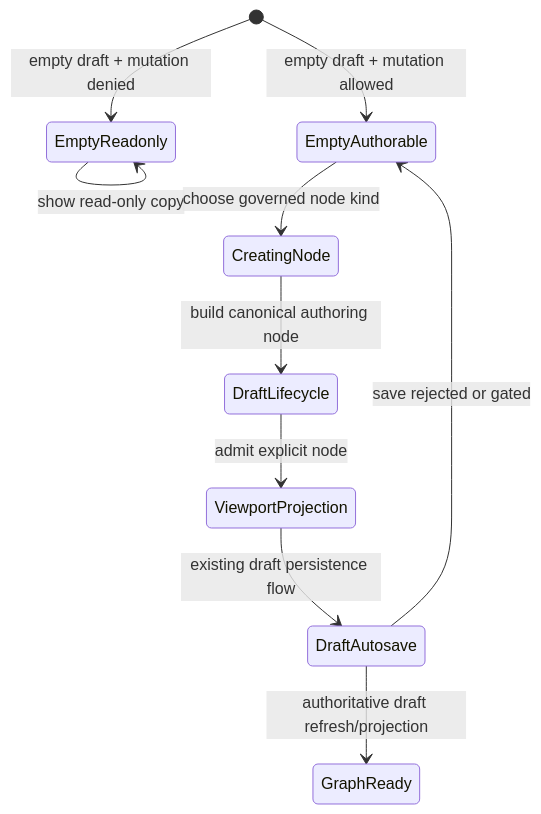
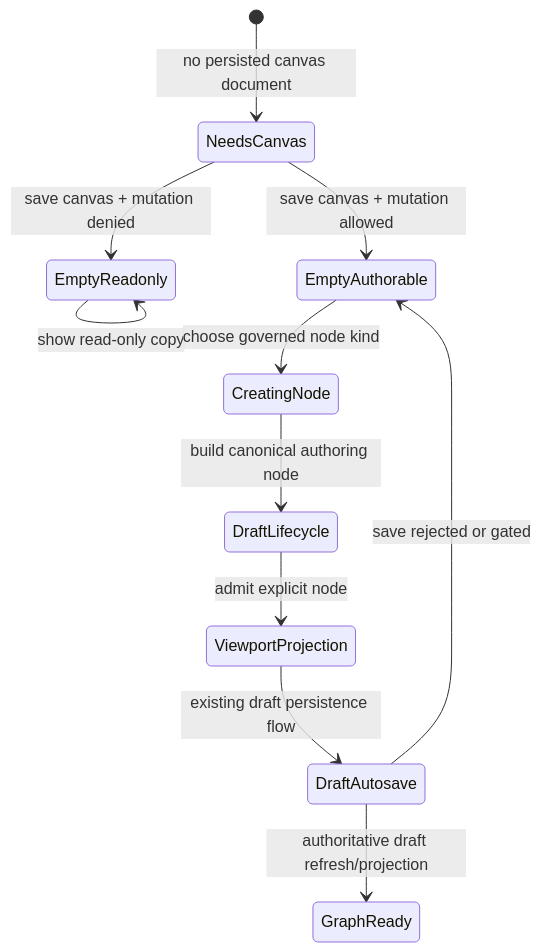
Before and after one commit to dunay2/dvt: the first of 2 diagrams in docs/architecture/components/web/graph/canvas-empty-authoring-entrypoint-component.md, drawn with Mermaid. The commit also changed other lines of this file and 92 other files, not shown here.

First line of the commit message:
refactor(web): Introduce semantic canvas draft lifecycle DTO (#1021)

````diff
--- a/docs/architecture/components/web/graph/canvas-empty-authoring-entrypoint-component.md
+++ b/docs/architecture/components/web/graph/canvas-empty-authoring-entrypoint-component.md
@@ -52,12 +63,13 @@
 ```mermaid
 stateDiagram-v2
-  [*] --> EmptyReadonly: empty draft + mutation denied
-  [*] --> EmptyAuthorable: empty draft + mutation allowed
+  [*] --> NeedsCanvas: no persisted canvas document
+  NeedsCanvas --> EmptyReadonly: save canvas + mutation denied
+  NeedsCanvas --> EmptyAuthorable: save canvas + mutation allowed
   EmptyReadonly --> EmptyReadonly: show read-only copy
   EmptyAuthorable --> CreatingNode: choose governed node kind
   CreatingNode --> DraftLifecycle: build canonical authoring node
   DraftLifecycle --> ViewportProjection: admit explicit node
   ViewportProjection --> DraftAutosave: existing draft persistence flow
   DraftAutosave --> EmptyAuthorable: save rejected or gated
   DraftAutosave --> GraphReady: authoritative draft refresh/projection
 ```
````
